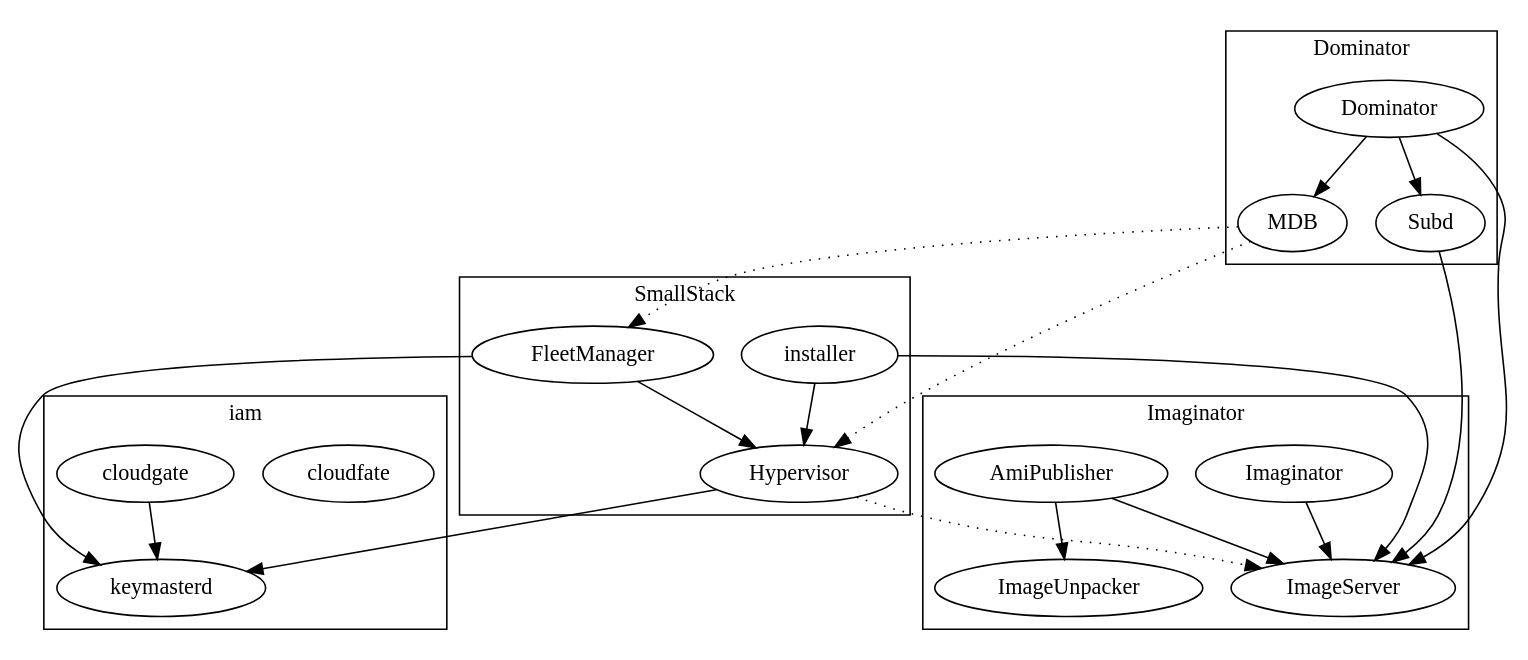
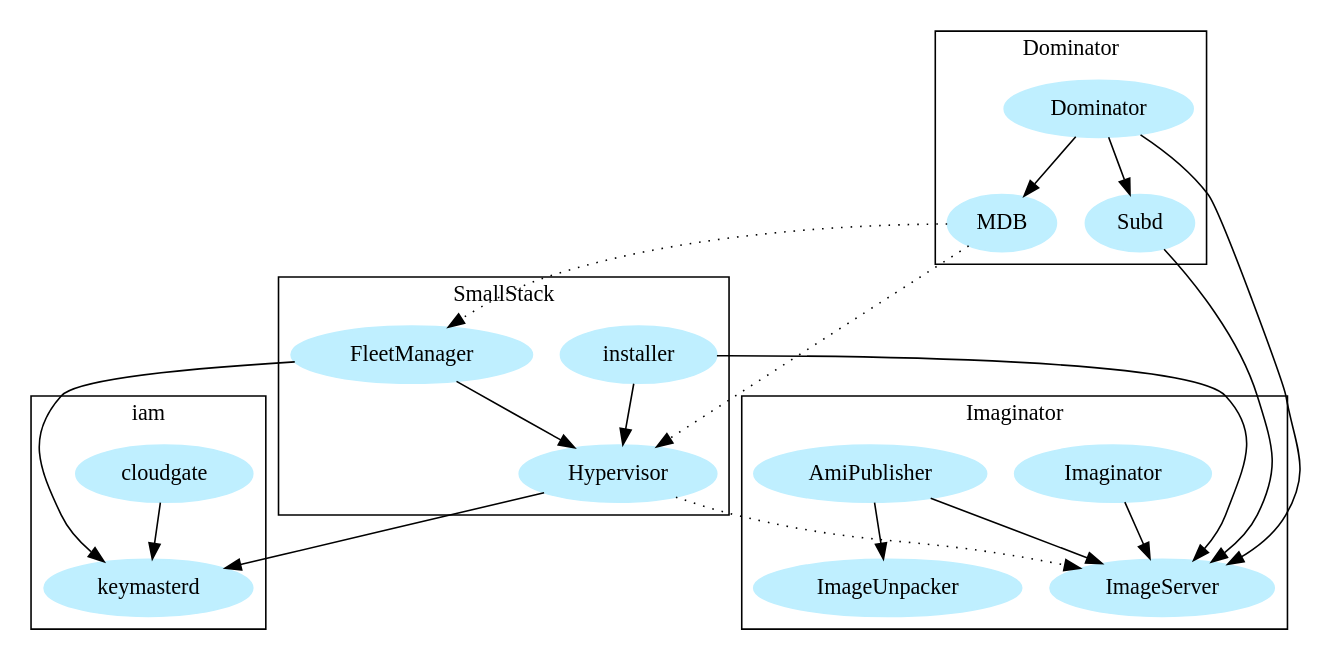
The diagram in sources/daemon-relationships.dot (Cloud-Foundations/website), drawn with Graphviz before and after one commit. The commit also changed 3 other files, not shown here.

```diff
--- a/sources/daemon-relationships.dot
+++ b/sources/daemon-relationships.dot
@@ -1,33 +1,41 @@
 digraph G {
+   node [style=filled,color=lightblue1];
+   fillcolor= "blue"
    subgraph cluster3 {
       keymasterd [URL="https://github.com/Cloud-Foundations/keymaster/blob/master/README.md"]
-      cloudfate [URL="https://github.com/Cloud-Foundations/cloud-gate/blob/master/README.md"]
+      cloudgate [URL="https://github.com/Cloud-Foundations/cloud-gate/blob/master/README.md"]
       cloudgate -> keymasterd
       label = iam
    }
    subgraph cluster0 {
+   ImageServer [URL="https://github.com/Cloud-Foundations/Dominator/blob/master/cmd/imageserver/README.md"]
+   Imaginator [URL="https://github.com/Cloud-Foundations/Dominator/blob/master/cmd/imaginator/README.md"]
    Imaginator -> ImageServer
    AmiPublisher -> ImageServer
    AmiPublisher -> ImageUnpacker
       label =  Imaginator
    }
    subgraph cluster1 {
    Dominator [URL="https://github.com/Cloud-Foundations/Dominator/blob/master/user-guide/README.md"]
+   MDB [URL="https://github.com/Cloud-Foundations/Dominator/blob/master/cmd/mdbd/README.md"]
+   Subd [URL="https://github.com/Cloud-Foundations/Dominator/blob/master/cmd/subd/README.md"]
    Dominator -> MDB
    Dominator -> Subd
    Dominator -> ImageServer
    Subd -> ImageServer
     label =  Dominator
    }
    subgraph cluster2 {
+     Hypervisor [URL="https://github.com/Cloud-Foundations/Dominator/blob/master/cmd/hypervisor/README.md"]
+     FleetManager [URL="https://github.com/Cloud-Foundations/Dominator/blob/master/cmd/fleet-manager/README.md"]
      FleetManager -> Hypervisor
      Hypervisor -> ImageServer [style=dotted];
      installer-> Hypervisor
      installer -> ImageServer
      FleetManager -> keymasterd
      Hypervisor -> keymasterd
      label = SmallStack
    }
    MDB -> FleetManager [style=dotted];   
    MDB -> Hypervisor [style=dotted];
 }
```
